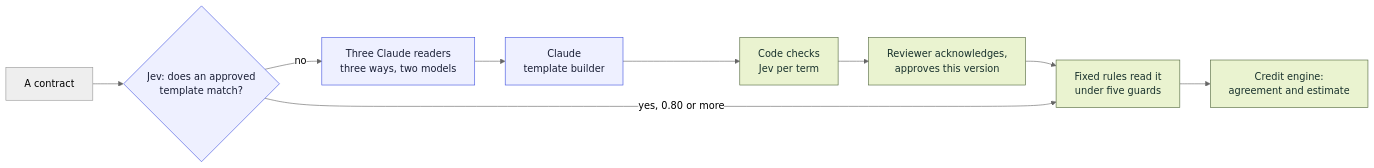
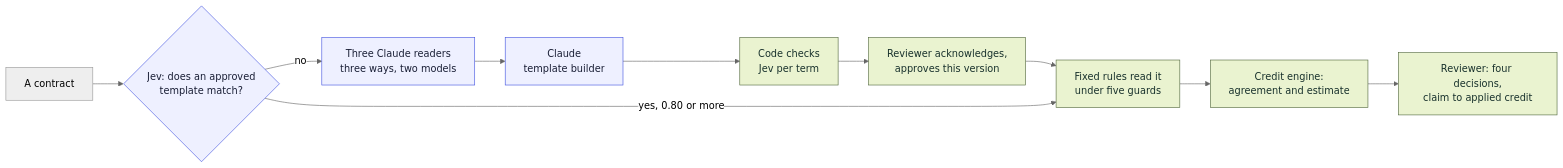
Before and after one commit to ronoktanvir/uptime: the second of 2 diagrams in README.md, drawn with Mermaid (neutral theme). The commit also changed other lines of this file and 8 other files, not shown here.

````diff
--- a/README.md
+++ b/README.md
@@ -127,15 +137,16 @@
 ```mermaid
 flowchart LR
     N["A contract"] --> J{"Jev: does an approved<br/>template match?"}
     J -->|"no"| R["Three Claude readers<br/>three ways, two models"]
     R --> B["Claude<br/>template builder"]
     B --> K["Code checks<br/>Jev per term"]
     K --> H["Reviewer acknowledges,<br/>approves this version"]
     H --> F
     J -->|"yes, 0.80 or more"| F["Fixed rules read it<br/>under five guards"]
     F --> M["Credit engine:<br/>agreement and estimate"]
+    M --> C["Reviewer: four decisions,<br/>claim to applied credit"]
     classDef model fill:#EEF0FF,stroke:#4353E0,color:#1A1F36;
     classDef code fill:#EAF3D0,stroke:#52683D,color:#18312C;
     class J,R,B model;
-    class K,H,F,M code;
+    class K,H,F,M,C code;
 ```
````
